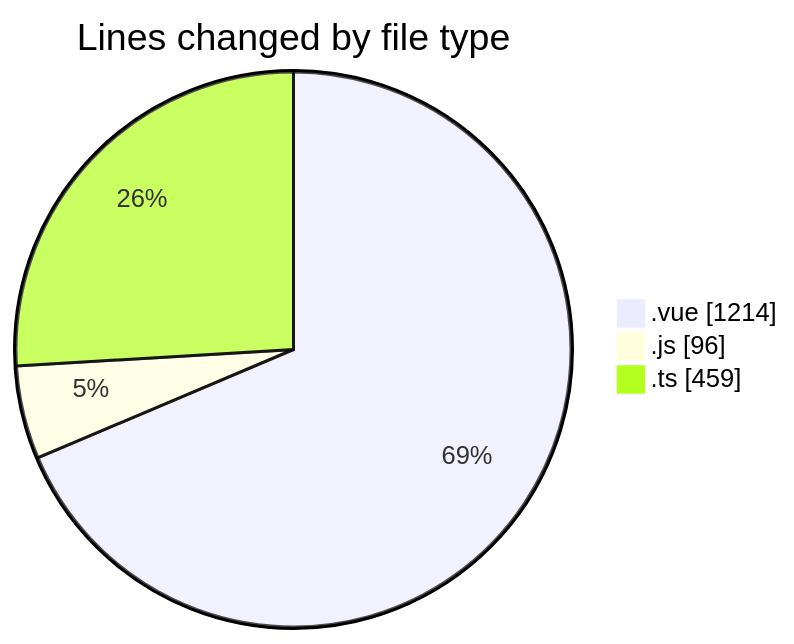
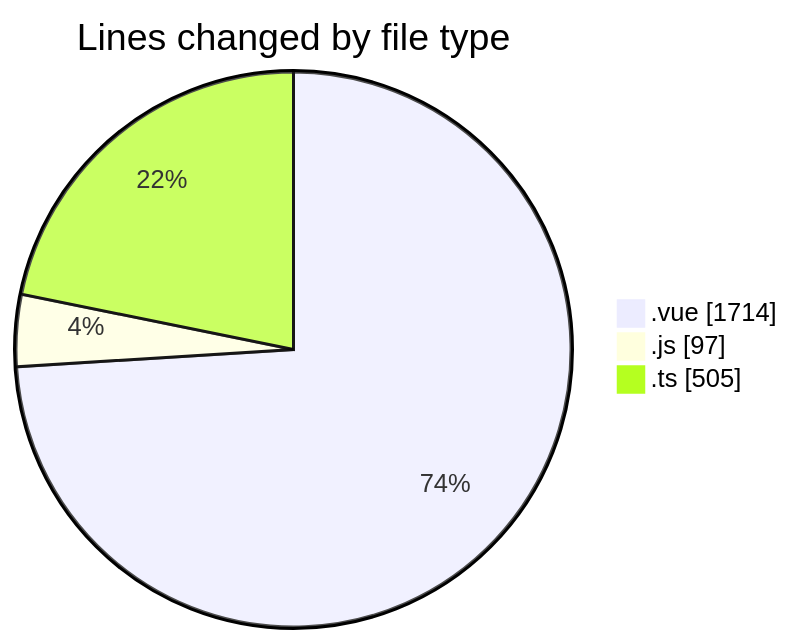
One commit to lephambinh05/code-tracking changed the first of 2 diagrams in 2025-08-12/rentotp/README.md. Above: the diagram before and after it, drawn with Mermaid. The commit also changed other lines of this file and 1 other file, not shown here.

````diff
--- a/2025-08-12/rentotp/README.md
+++ b/2025-08-12/rentotp/README.md
@@ -28,7 +30,7 @@
 ```mermaid
 pie showData
 title Lines changed by file type
-".vue" : 1214
-".js" : 96
-".ts" : 459
+".vue" : 1714
+".js" : 97
+".ts" : 505
 ```
````
